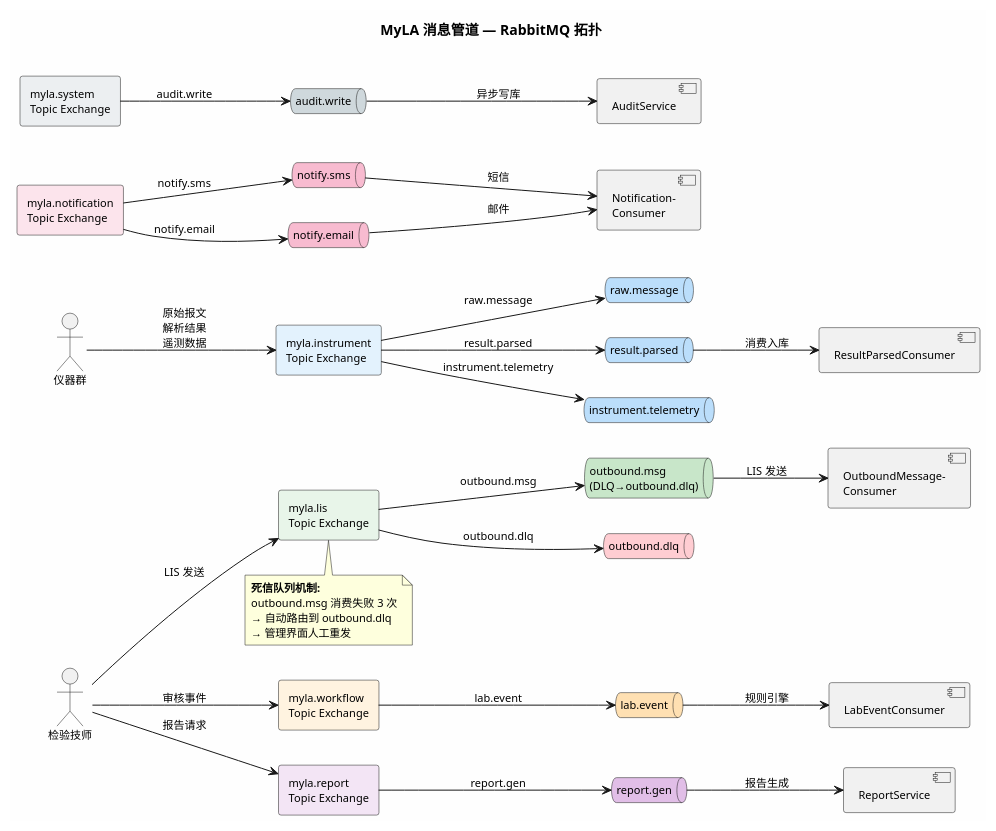
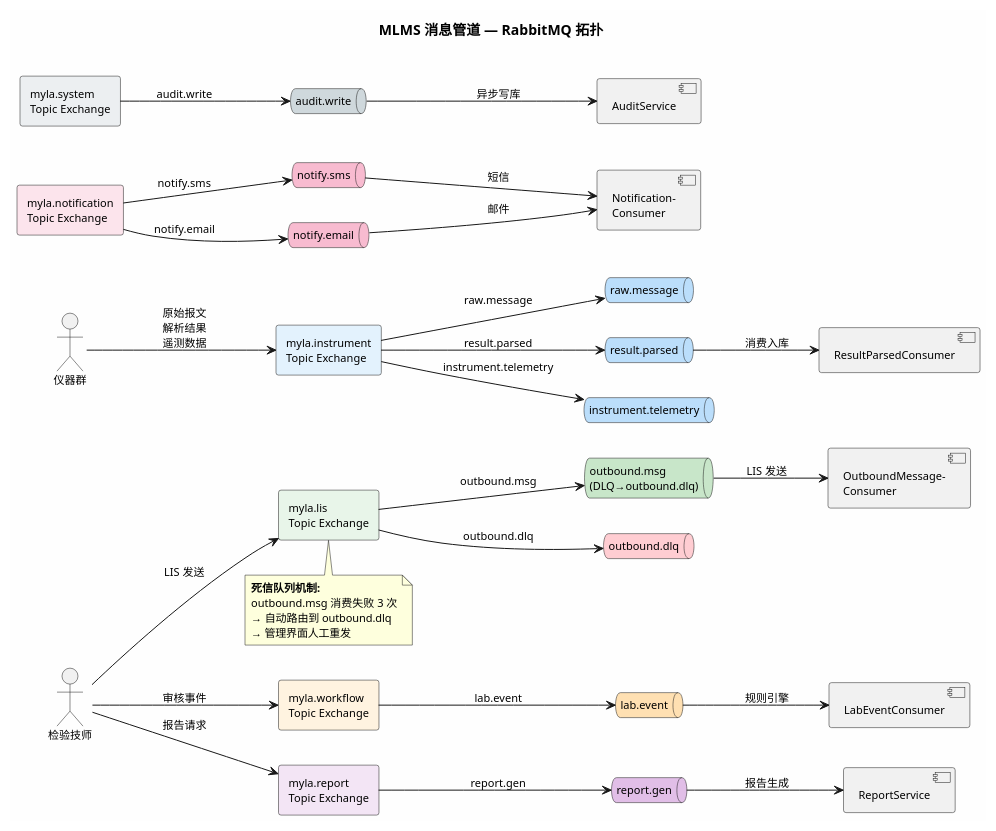
One commit to lvxing-ppt/myla changed the fifth of 5 diagrams in docs/architecture.puml. Above: the diagram before and after it, drawn with PlantUML. The commit also changed other lines of this file and 338 other files, not shown here.

```diff
--- a/docs/architecture.puml
+++ b/docs/architecture.puml
@@ -648,72 +648,72 @@
 @startuml
 
-title MyLA 消息管道 — RabbitMQ 拓扑\n
+title MLMS 消息管道 — RabbitMQ 拓扑\n
 
 skinparam backgroundColor #FEFEFE
 skinparam defaultFontSize 11
 
 left to right direction
 
 actor "仪器群" as instruments
 actor "检验技师" as tech
 
 rectangle "myla.instrument\nTopic Exchange" as ex_inst #E3F2FD
 rectangle "myla.workflow\nTopic Exchange" as ex_wf #FFF3E0
 rectangle "myla.lis\nTopic Exchange" as ex_lis #E8F5E9
 rectangle "myla.notification\nTopic Exchange" as ex_notif #FCE4EC
 rectangle "myla.report\nTopic Exchange" as ex_rpt #F3E5F5
 rectangle "myla.system\nTopic Exchange" as ex_sys #ECEFF1
 
 queue "raw.message" as q_raw #BBDEFB
 queue "result.parsed" as q_parsed #BBDEFB
 queue "instrument.telemetry" as q_tele #BBDEFB
 
 queue "lab.event" as q_event #FFE0B2
 
 queue "outbound.msg\n(DLQ→outbound.dlq)" as q_out #C8E6C9
 queue "outbound.dlq" as q_dlq #FFCDD2
 
 queue "notify.sms" as q_sms #F8BBD0
 queue "notify.email" as q_email #F8BBD0
 
 queue "report.gen" as q_report #E1BEE7
 
 queue "audit.write" as q_audit #CFD8DC
 
 ex_inst --> q_raw : "raw.message"
 ex_inst --> q_parsed : "result.parsed"
 ex_inst --> q_tele : "instrument.telemetry"
 
 ex_wf --> q_event : "lab.event"
 
 ex_lis --> q_out : "outbound.msg"
 ex_lis --> q_dlq : "outbound.dlq"
 
 ex_notif --> q_sms : "notify.sms"
 ex_notif --> q_email : "notify.email"
 
 ex_rpt --> q_report : "report.gen"
 
 ex_sys --> q_audit : "audit.write"
 
 instruments --> ex_inst : 原始报文\n解析结果\n遥测数据
 tech --> ex_wf : 审核事件
 tech --> ex_rpt : 报告请求
 tech --> ex_lis : LIS 发送
 
 q_parsed --> [ResultParsedConsumer] : 消费入库
 q_event --> [LabEventConsumer] : 规则引擎
 q_out --> [OutboundMessage-\nConsumer] : LIS 发送
 q_sms --> [Notification-\nConsumer] : 短信
 q_email --> [Notification-\nConsumer] : 邮件
 q_report --> [ReportService] : 报告生成
 q_audit --> [AuditService] : 异步写库
 
 note bottom of ex_lis
   <b>死信队列机制:</b>
   outbound.msg 消费失败 3 次
   → 自动路由到 outbound.dlq
   → 管理界面人工重发
 end note
 
 @enduml
```
